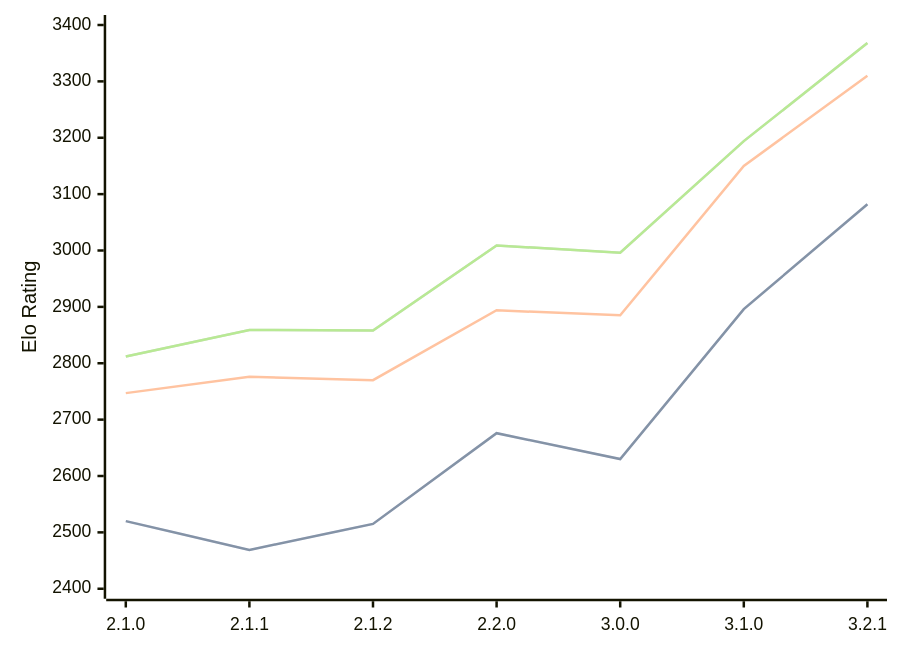
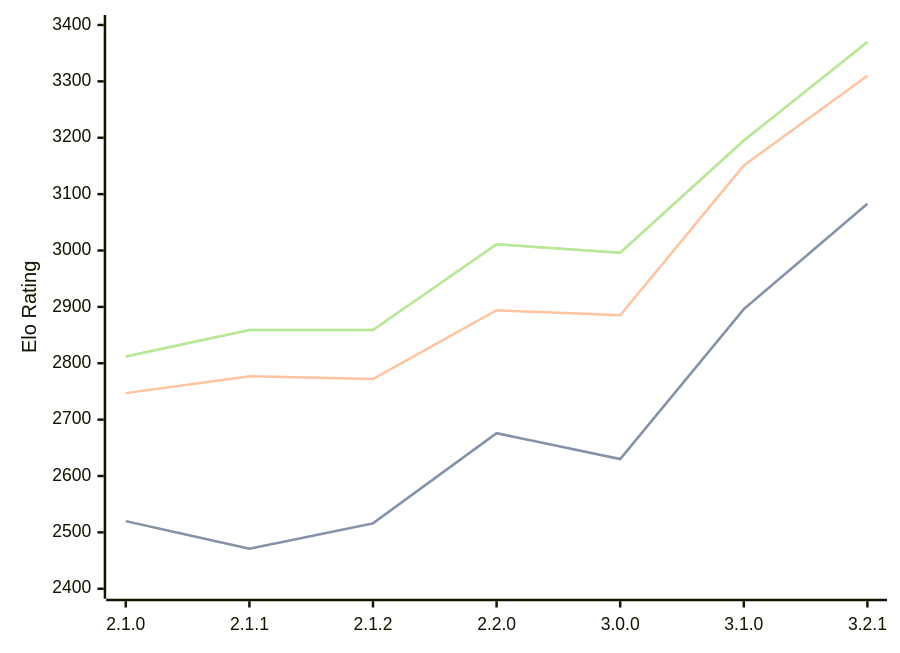
Before and after one commit to computer-chess-index/cci: the first of 3 diagrams in engines/Prune.md, drawn with Mermaid. The commit also changed other lines of this file, not shown here.

Commit message:
Update CCI Ratings (ELO VLTC) - 2026-06-24

````diff
--- a/engines/Prune.md
+++ b/engines/Prune.md
@@ -42,11 +42,11 @@
 ```mermaid
 %%{init: {"theme":"base","themeVariables":{"seriesColors:['#a3a3a3','#222221','#faa371']}}}%%
 xychart-beta
   x-axis ["2.1.0", "2.1.1", "2.1.2", "2.2.0", "3.0.0", "3.1.0", "3.2.1"]
   y-axis "Elo Rating" 2400 --> 3400
-  line "STC (8.0+0.08s)" [2520, 2469, 2515, 2676, 2630, 2896, 3082]
-  line "STC (8.0+0.08s)" [2520, 2469, 2515, 2676, 2630, 2896, 3082]
-  line "LTC (60.0+0.60s)" [2747, 2776, 2770, 2894, 2885, 3150, 3310]
-  line "VLTC (2m24s+1.12s)" [2812, 2859, 2858, 3009, 2996, 3194, 3368]
-  line "VLTC (2m24s+1.12s)" [2812, 2859, 2858, 3009, 2996, 3194, 3368]
+  line "STC (8.0+0.08s)" [2520, 2471, 2516, 2676, 2630, 2896, 3083]
+  line "STC (8.0+0.08s)" [2520, 2471, 2516, 2676, 2630, 2896, 3083]
+  line "LTC (60.0+0.60s)" [2747, 2777, 2772, 2894, 2885, 3151, 3310]
+  line "VLTC (2m24s+1.12s)" [2812, 2859, 2859, 3011, 2996, 3195, 3370]
+  line "VLTC (2m24s+1.12s)" [2812, 2859, 2859, 3011, 2996, 3195, 3370]
 ```
````
